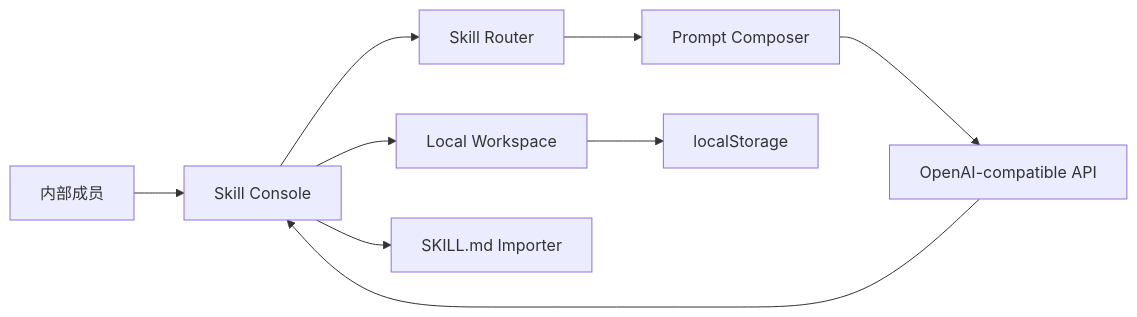
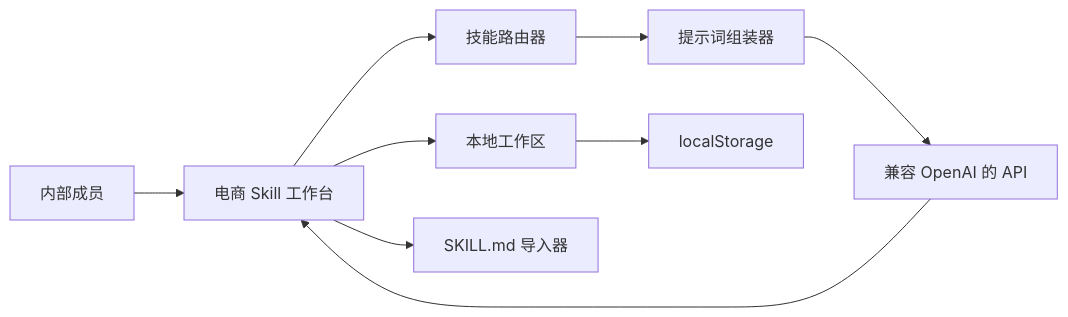
The diagram in docs/project-plan.md (goog205118-art/amz-walm-skill), drawn with Mermaid before and after one commit. The commit also changed other lines of this file and 7 other files, not shown here.

Commit message:
Localize skill console

````diff
--- a/docs/project-plan.md
+++ b/docs/project-plan.md
@@ -73,11 +73,11 @@
 ```mermaid
 flowchart LR
-  U["内部成员"] --> UI["Skill Console"]
-  UI --> R["Skill Router"]
-  UI --> S["Local Workspace"]
-  R --> P["Prompt Composer"]
-  P --> API["OpenAI-compatible API"]
+  U["内部成员"] --> UI["电商 Skill 工作台"]
+  UI --> R["技能路由器"]
+  UI --> S["本地工作区"]
+  R --> P["提示词组装器"]
+  P --> API["兼容 OpenAI 的 API"]
   API --> UI
   S --> LS["localStorage"]
-  UI --> IMP["SKILL.md Importer"]
+  UI --> IMP["SKILL.md 导入器"]
 ```
````
